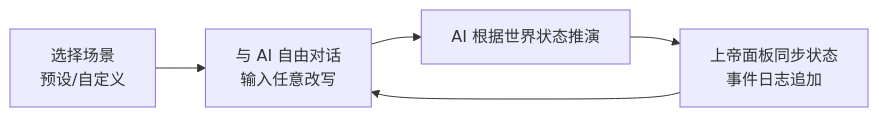
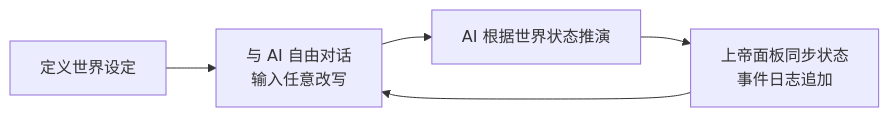
The diagram in docs/user-experience.md (daum110715/sandtable), drawn with Mermaid before and after one commit. The commit also changed other lines of this file and 45 other files, not shown here.

````diff
--- a/docs/user-experience.md
+++ b/docs/user-experience.md
@@ -20,7 +20,7 @@
 ```mermaid
 flowchart LR
-    S["选择场景\n预设/自定义"] --> C["与 AI 自由对话\n输入任意改写"]
+    S["定义世界设定"] --> C["与 AI 自由对话\n输入任意改写"]
     C --> D["AI 根据世界状态推演"]
     D --> P["上帝面板同步状态\n事件日志追加"]
     P --> C
 ```
````
